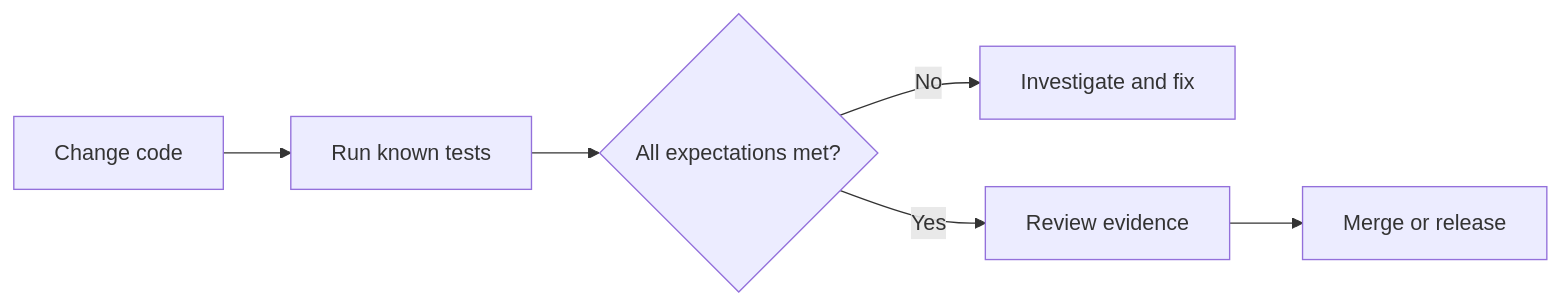
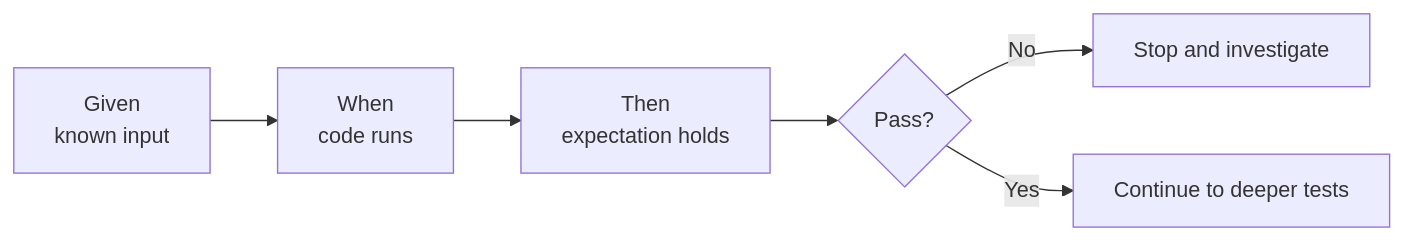
The first of 4 diagrams in content/posts/week-07-rnaseq-in-seven-minutes.md (Caffeinated-Code/Bioinformatics_Field_Guide), drawn with Mermaid before and after one commit. The commit also changed other lines of this file and 19 other files, not shown here.

````diff
--- a/content/posts/week-07-rnaseq-in-seven-minutes.md
+++ b/content/posts/week-07-rnaseq-in-seven-minutes.md
@@ -38,8 +41,8 @@
 ```mermaid
 flowchart LR
-  change["Change code"] --> tests["Run known tests"]
-  tests --> result{"All expectations met?"}
-  result -->|No| fix["Investigate and fix"]
-  result -->|Yes| review["Review evidence"]
-  review --> release["Merge or release"]
+  fixture["Given<br/>known input"] --> command["When<br/>code runs"]
+  command --> assertion["Then<br/>expectation holds"]
+  assertion --> decision{"Pass?"}
+  decision -->|No| stop["Stop and investigate"]
+  decision -->|Yes| next["Continue to deeper tests"]
 ```
````
